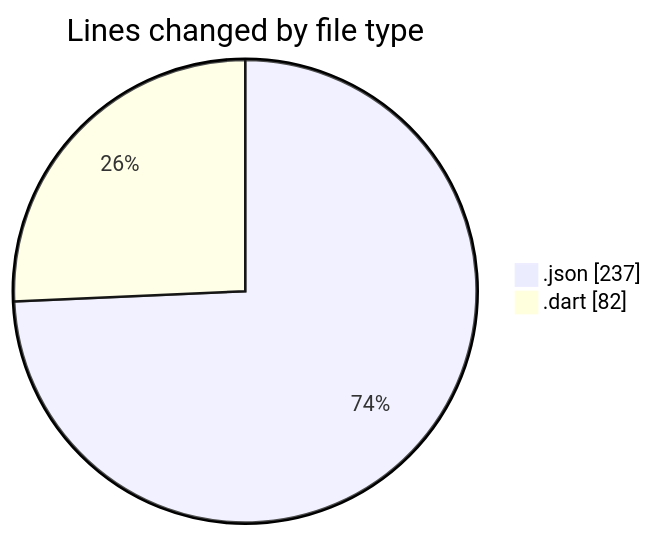
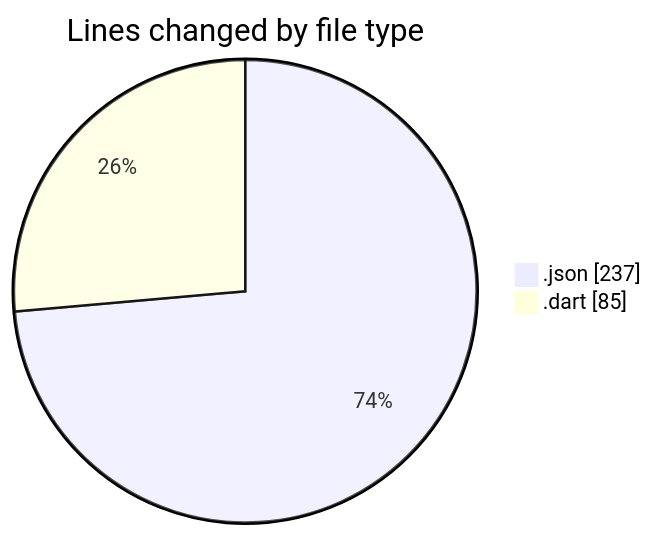
The first of 2 diagrams in 2025-05-02/belajar_flutter/README.md (idhammustaqopulfikri/code-tracking), drawn with Mermaid before and after one commit. The commit also changed other lines of this file and 1 other file, not shown here.

````diff
--- a/2025-05-02/belajar_flutter/README.md
+++ b/2025-05-02/belajar_flutter/README.md
@@ -22,6 +22,6 @@
 ```mermaid
 pie showData
 title Lines changed by file type
 ".json" : 237
-".dart" : 82
+".dart" : 85
 ```
````
